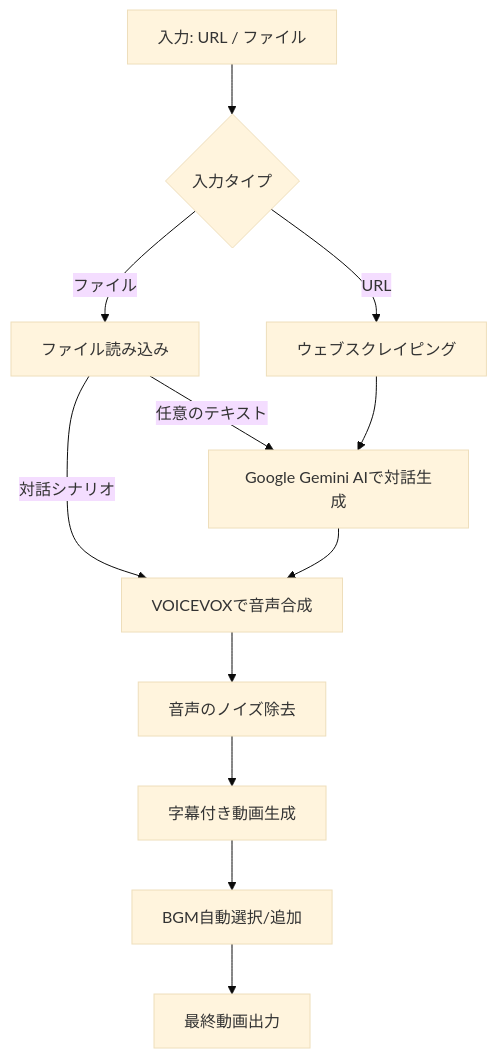
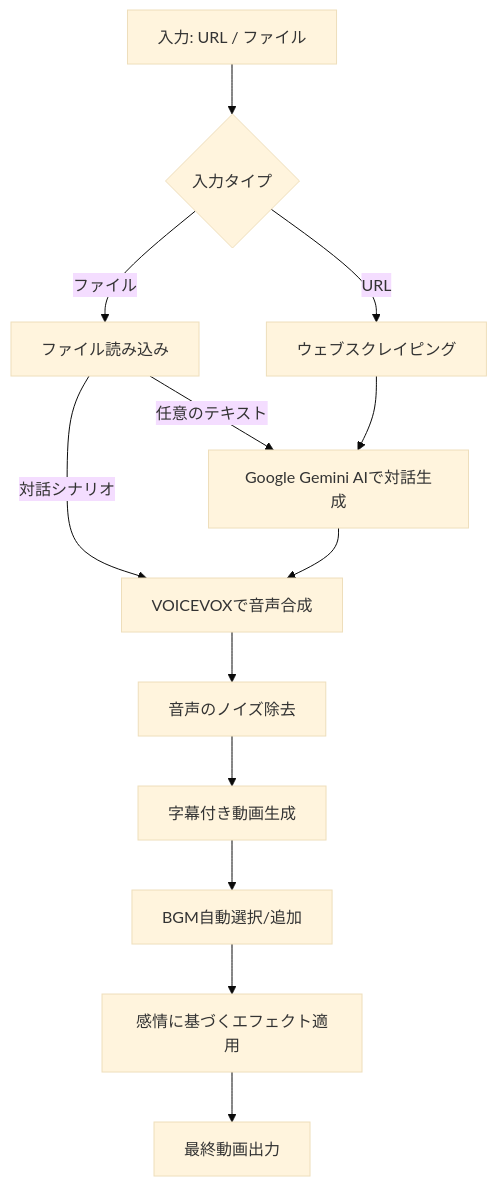
The diagram in README.md (aegisfleet/voicevox2video), drawn with Mermaid (base theme) before and after one commit. The commit also changed other lines of this file, not shown here.

````diff
--- a/README.md
+++ b/README.md
@@ -196,14 +197,15 @@
 ```mermaid
 graph TD
     A[入力: URL / ファイル] --> B{入力タイプ}
     B -->|URL| C[ウェブスクレイピング]
     B -->|ファイル| D[ファイル読み込み]
     D -->|任意のテキスト| E
     C --> E[Google Gemini AIで対話生成]
     D -->|対話シナリオ| F
     E --> F[VOICEVOXで音声合成]
     F --> G[音声のノイズ除去]
     G --> H[字幕付き動画生成]
     H --> I[BGM自動選択/追加]
-    I --> J[最終動画出力]
+    I --> J[感情に基づくエフェクト適用]
+    J --> K[最終動画出力]
 ```
````
